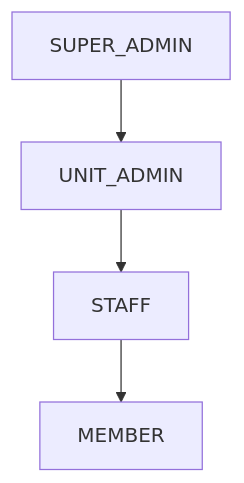
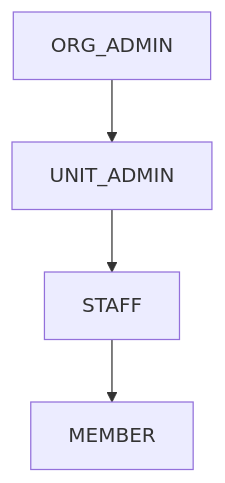
The diagram in docs/api.md (Life-Experimentalist/Chronos-Ledger), drawn with Mermaid before and after one commit. The commit also changed other lines of this file and 41 other files, not shown here.

First line of the commit message:
feat(roles)!: SUPER_ADMIN is now ORG_ADMIN

````diff
--- a/docs/api.md
+++ b/docs/api.md
@@ -117,6 +117,6 @@
 ```mermaid
 graph TD
-    SA[SUPER_ADMIN] --> DA[UNIT_ADMIN]
+    SA[ORG_ADMIN] --> DA[UNIT_ADMIN]
     DA --> FAC[STAFF]
     FAC --> STU[MEMBER]
 ```
````
